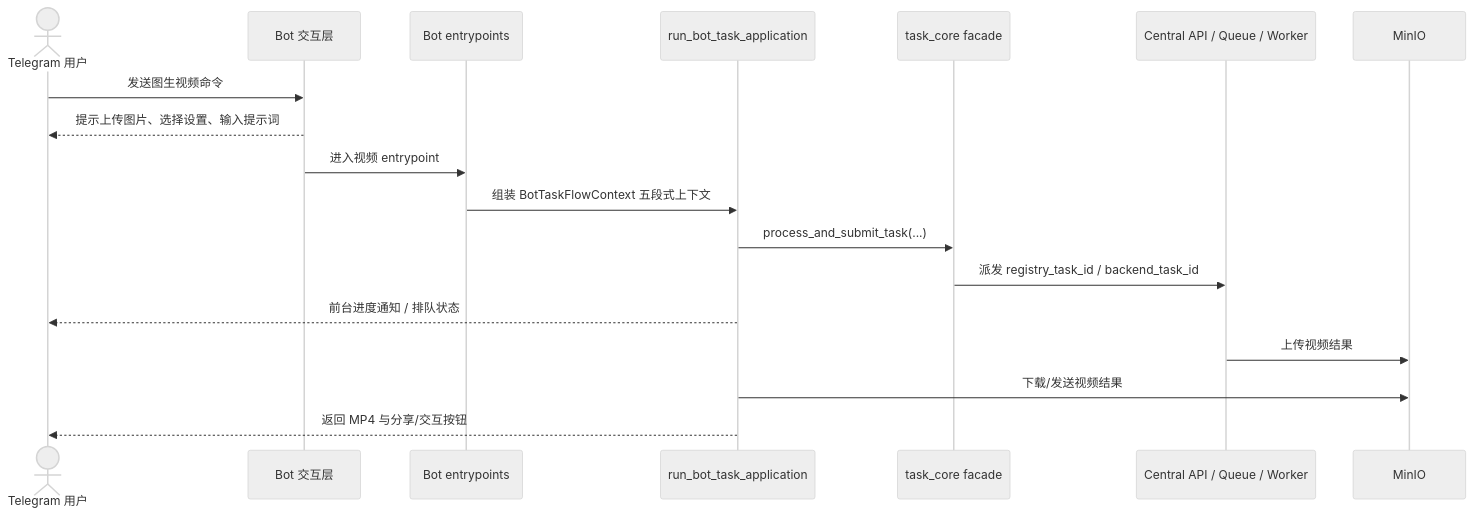
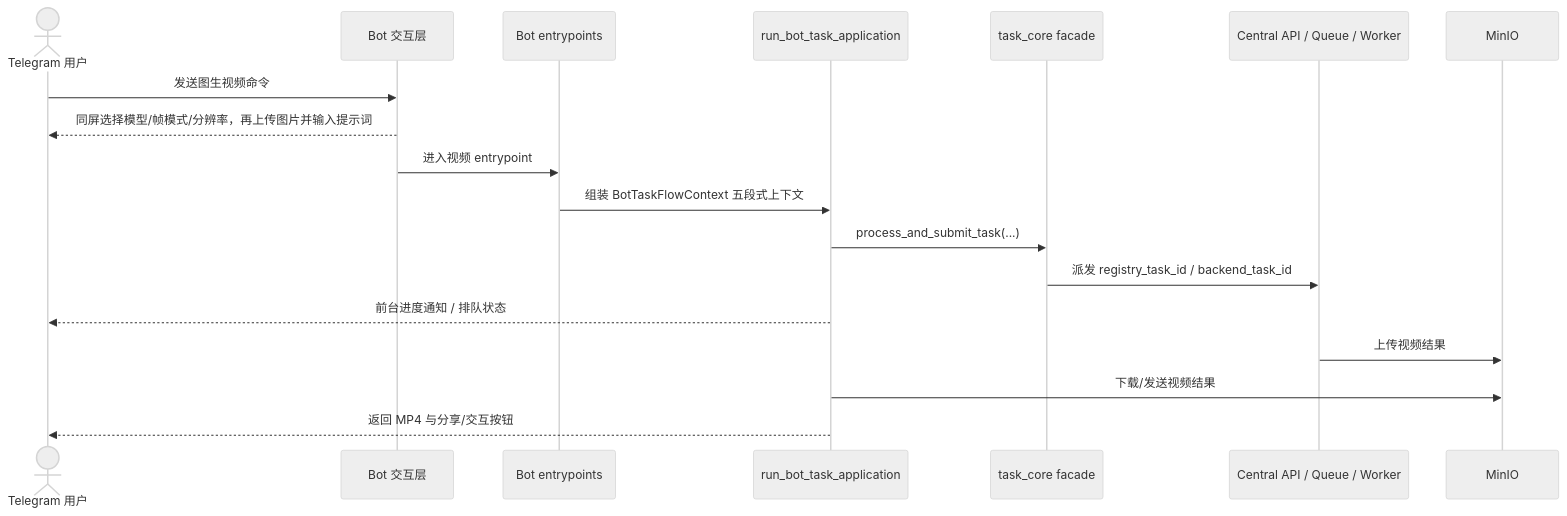
One commit to giraffu/All_bot changed the first of 2 diagrams in docs/business/image_to_video_flow.md. Above: the diagram before and after it, drawn with Mermaid (neutral theme). The commit also changed other lines of this file and 9 other files, not shown here.

Commit message:
图生视频的流程优化

````diff
--- a/docs/business/image_to_video_flow.md
+++ b/docs/business/image_to_video_flow.md
@@ -7,21 +7,21 @@
 ```mermaid
 sequenceDiagram
     actor User as Telegram 用户
     participant FSM as Bot 交互层
     participant Entry as Bot entrypoints
     participant Flow as run_bot_task_application
     participant Core as task_core facade
     participant Backend as Central API / Queue / Worker
     participant Store as MinIO
 
     User->>FSM: 发送图生视频命令
-    FSM-->>User: 提示上传图片、选择设置、输入提示词
+    FSM-->>User: 同屏选择模型/帧模式/分辨率，再上传图片并输入提示词
     FSM->>Entry: 进入视频 entrypoint
     Entry->>Flow: 组装 BotTaskFlowContext 五段式上下文
     Flow->>Core: process_and_submit_task(...)
     Core->>Backend: 派发 registry_task_id / backend_task_id
     Flow-->>User: 前台进度通知 / 排队状态
     Backend->>Store: 上传视频结果
     Flow->>Store: 下载/发送视频结果
     Flow-->>User: 返回 MP4 与分享/交互按钮
 ```
````
